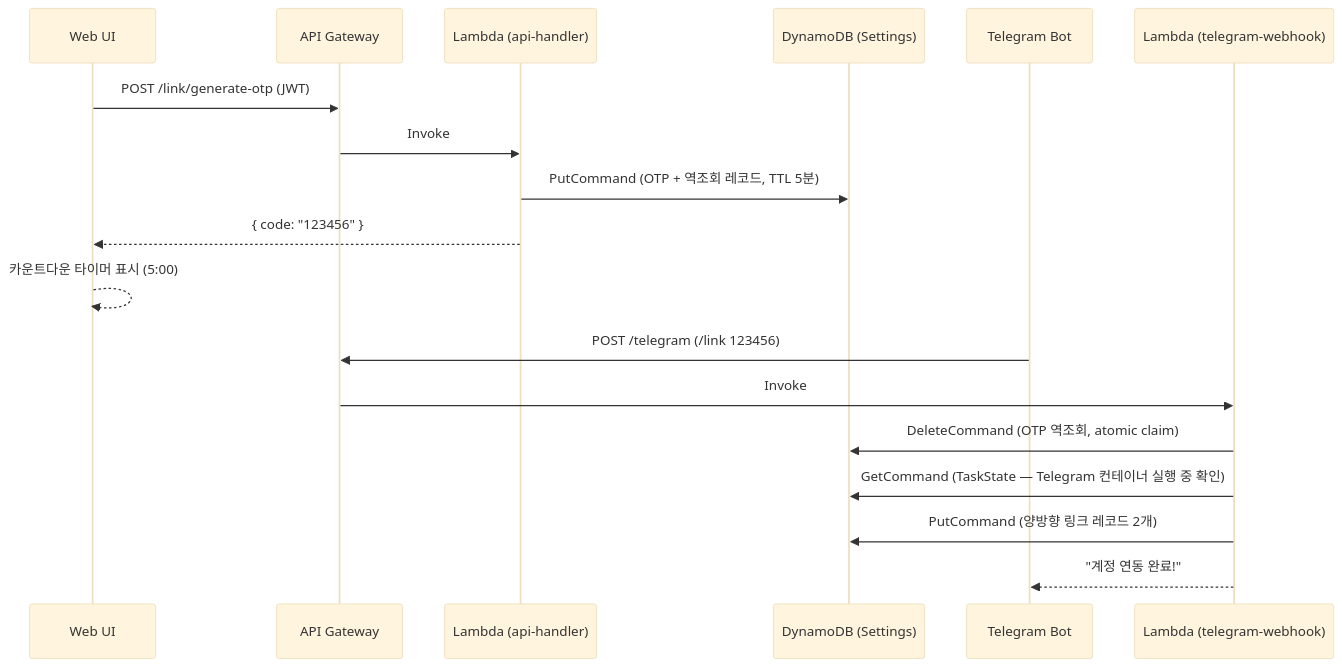
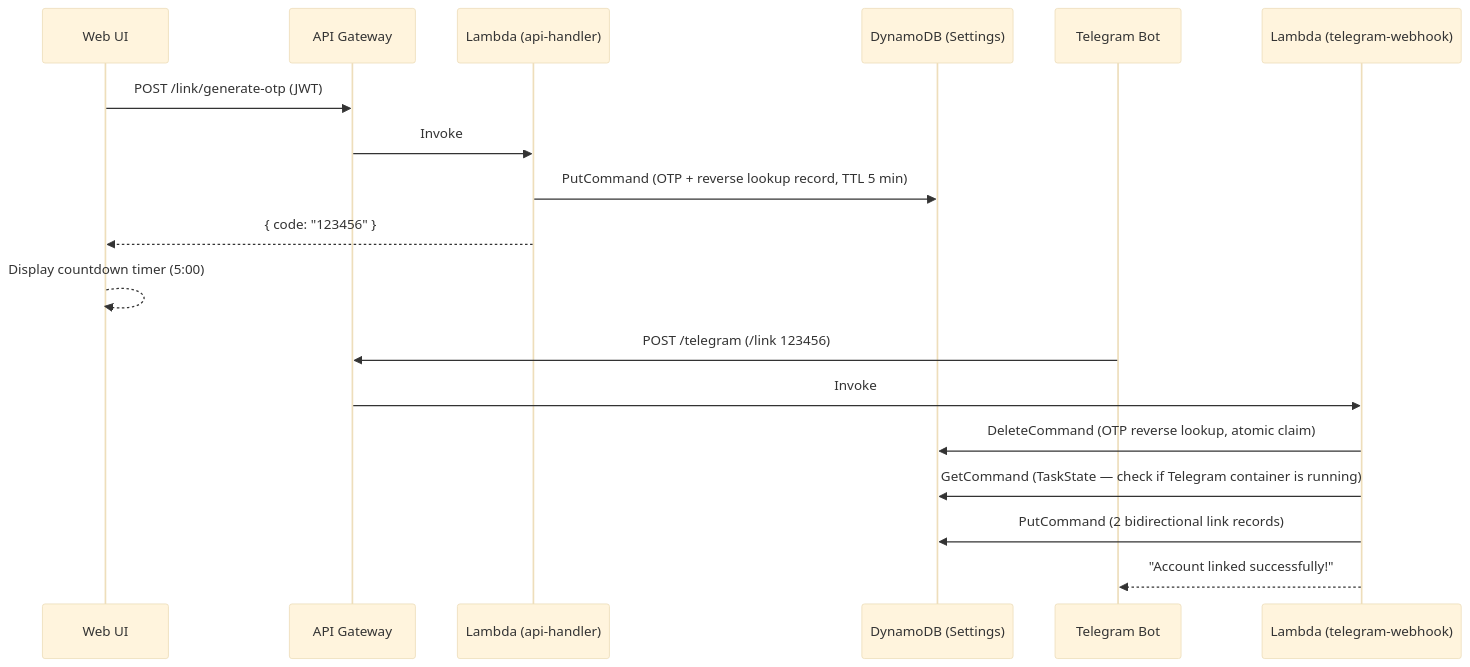
Before and after one commit to tobigs/serverless-openclaw: diagram 11 of 13 in docs/architecture.md, drawn with Mermaid (base theme). The commit also changed other lines of this file and 11 other files, not shown here.

````diff
--- a/docs/architecture.md
+++ b/docs/architecture.md
@@ -760,22 +763,22 @@
 ```mermaid
 sequenceDiagram
     participant W as Web UI
     participant API as API Gateway
     participant L as Lambda (api-handler)
     participant DDB as DynamoDB (Settings)
     participant TG as Telegram Bot
     participant TW as Lambda (telegram-webhook)
 
     W->>API: POST /link/generate-otp (JWT)
     API->>L: Invoke
-    L->>DDB: PutCommand (OTP + 역조회 레코드, TTL 5분)
+    L->>DDB: PutCommand (OTP + reverse lookup record, TTL 5 min)
     L-->>W: { code: "123456" }
-    W-->>W: 카운트다운 타이머 표시 (5:00)
+    W-->>W: Display countdown timer (5:00)
 
     TG->>API: POST /telegram (/link 123456)
     API->>TW: Invoke
-    TW->>DDB: DeleteCommand (OTP 역조회, atomic claim)
-    TW->>DDB: GetCommand (TaskState — Telegram 컨테이너 실행 중 확인)
-    TW->>DDB: PutCommand (양방향 링크 레코드 2개)
-    TW-->>TG: "계정 연동 완료!"
+    TW->>DDB: DeleteCommand (OTP reverse lookup, atomic claim)
+    TW->>DDB: GetCommand (TaskState — check if Telegram container is running)
+    TW->>DDB: PutCommand (2 bidirectional link records)
+    TW-->>TG: "Account linked successfully!"
 ```
````
